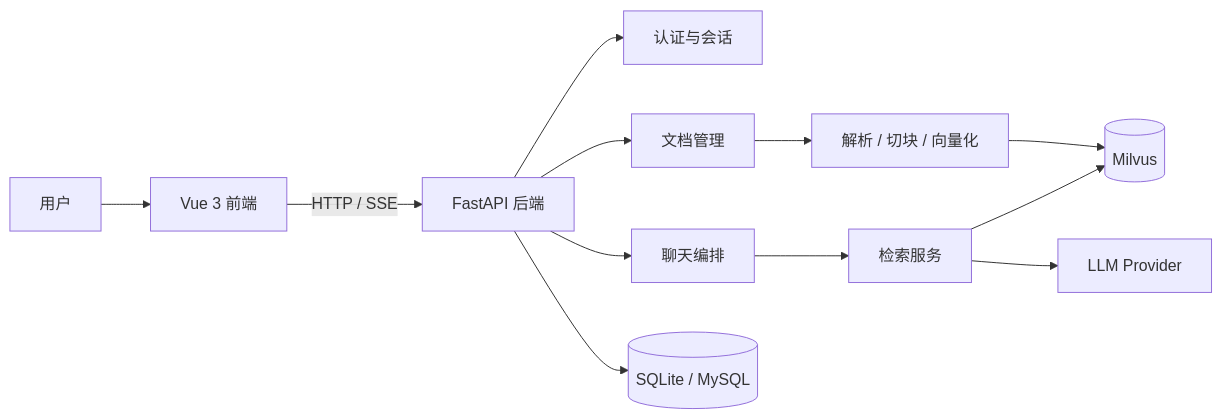
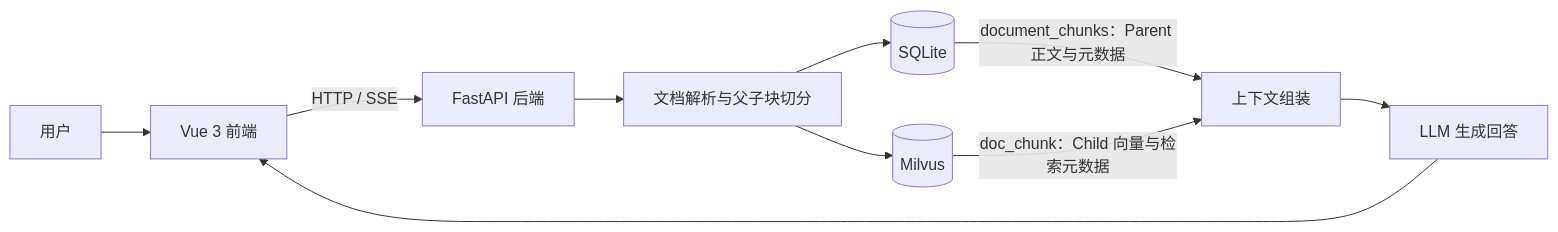
Before and after one commit to GuLu37/Enterprise-Knowledge-System: the first of 2 diagrams in README.md, drawn with Mermaid. The commit also changed other lines of this file and 8 other files, not shown here.

````diff
--- a/README.md
+++ b/README.md
@@ -22,18 +20,14 @@
 ```mermaid
 flowchart LR
     U[用户] --> F[Vue 3 前端]
     F -->|HTTP / SSE| A[FastAPI 后端]
 
-    A --> AU[认证与会话]
-    A --> D[文档管理]
-    A --> C[聊天编排]
+    A --> I[文档解析与父子块切分]
+    I --> S[(SQLite)]
+    I --> M[(Milvus)]
 
-    D --> P[解析 / 切块 / 向量化]
-    P --> M[(Milvus)]
-
-    C --> R[检索服务]
-    R --> M
-    R --> L[LLM Provider]
-
-    A --> S[(SQLite / MySQL)]
+    S -->|document_chunks：Parent 正文与元数据| C[上下文组装]
+    M -->|doc_chunk：Child 向量与检索元数据| C
+    C --> L[LLM 生成回答]
+    L --> F
 ```
````
